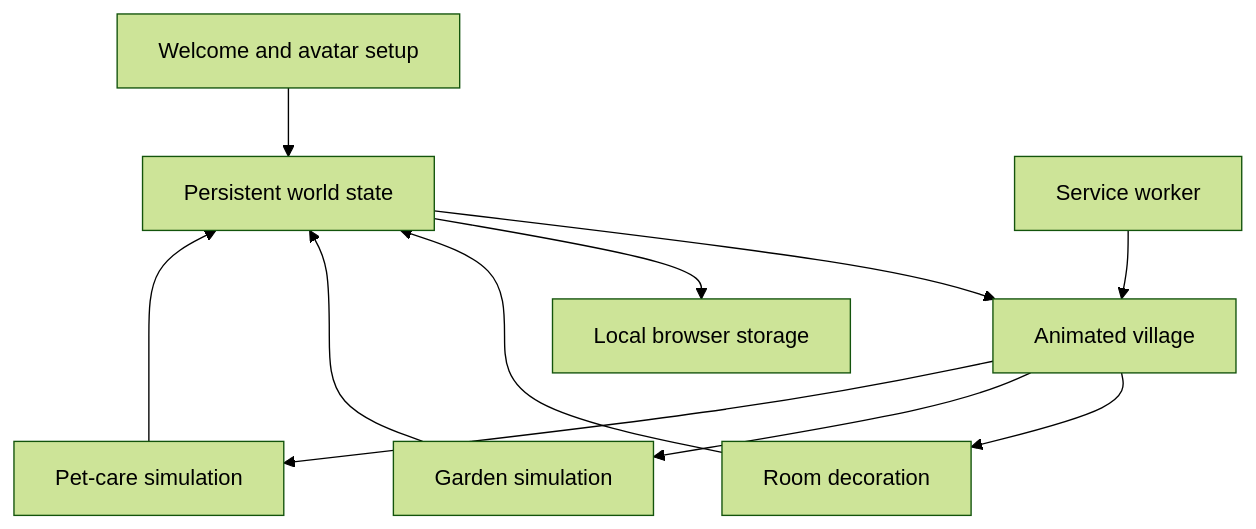
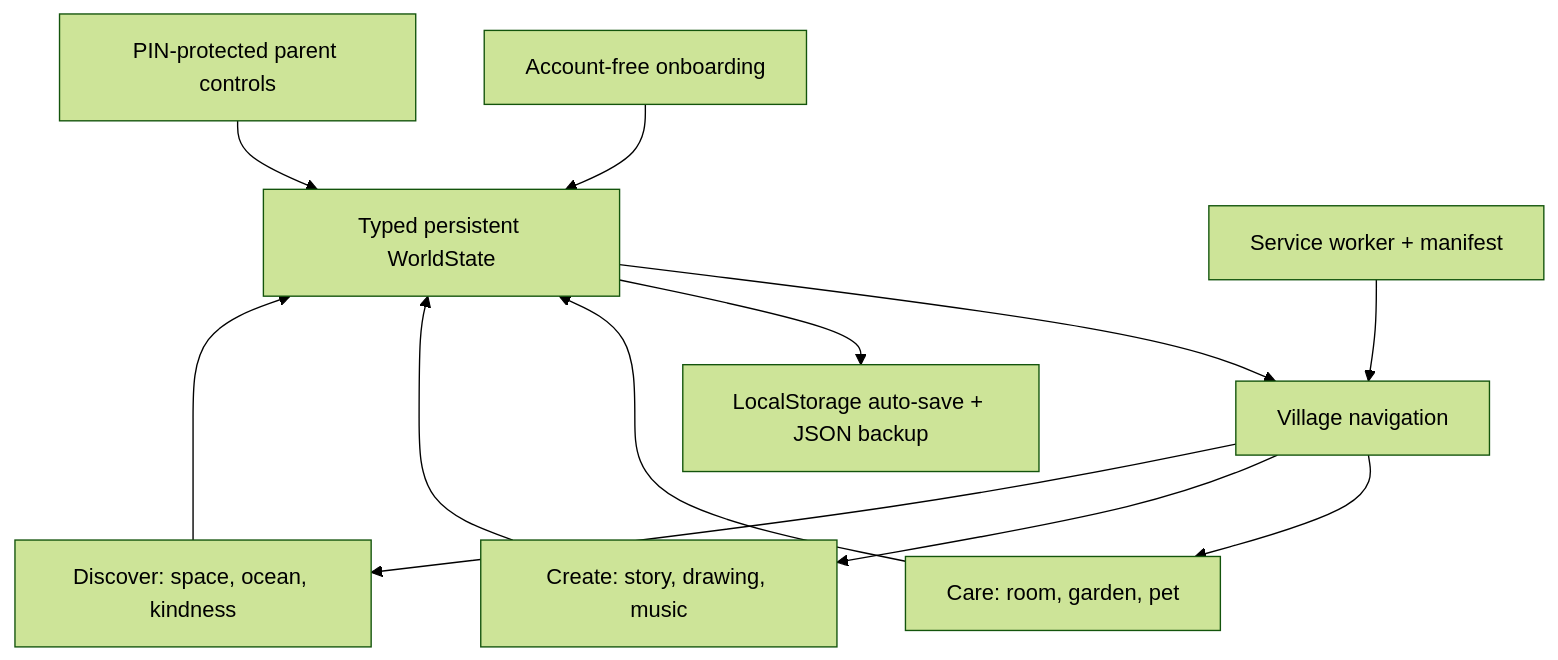
The diagram in README.md (PriyankaSDaida/little-wonder-world), drawn with Mermaid (forest theme) before and after one commit. The commit also changed other lines of this file and 10 other files, not shown here.

````diff
--- a/README.md
+++ b/README.md
@@ -30,13 +26,14 @@
 ```mermaid
 flowchart TD
-  A[Welcome and avatar setup] --> B[Persistent world state]
-  B --> C[Animated village]
-  C --> D[Room decoration]
-  C --> E[Garden simulation]
-  C --> F[Pet-care simulation]
+  A[Account-free onboarding] --> B[Typed persistent WorldState]
+  B --> C[Village navigation]
+  C --> D[Care: room, garden, pet]
+  C --> E[Create: story, drawing, music]
+  C --> F[Discover: space, ocean, kindness]
   D --> B
   E --> B
   F --> B
-  B --> G[Local browser storage]
-  H[Service worker] --> C
+  B --> G[LocalStorage auto-save + JSON backup]
+  H[Service worker + manifest] --> C
+  I[PIN-protected parent controls] --> B
 ```
````
